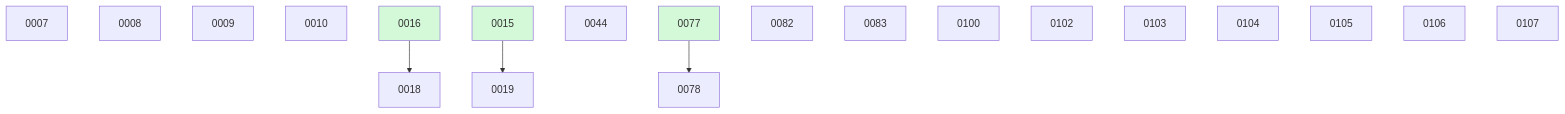
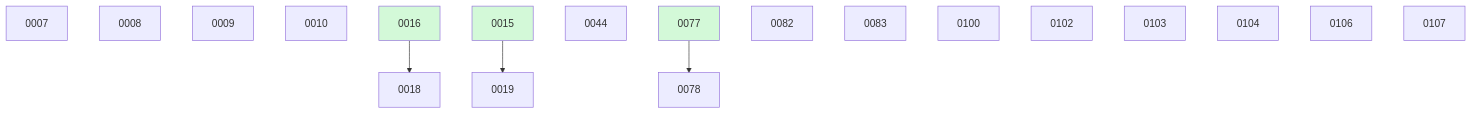
One commit to danielhanold/docket changed the diagram in docs/changes/BOARD.md. Above: the diagram before and after it, drawn with Mermaid. The commit also changed other lines of this file, not shown here.

````diff
--- a/docs/changes/BOARD.md
+++ b/docs/changes/BOARD.md
@@ -37,24 +36,23 @@
 ```mermaid
 graph TD
   0007
   0008
   0009
   0010
   0016 --> 0018
   0015 --> 0019
   0044
   0077 --> 0078
   0082
   0083
   0100
   0102
   0103
   0104
-  0105
   0106
   0107
   0015:::done
   0016:::done
   0077:::done
   classDef done fill:#d3f9d8;
 ```
````
